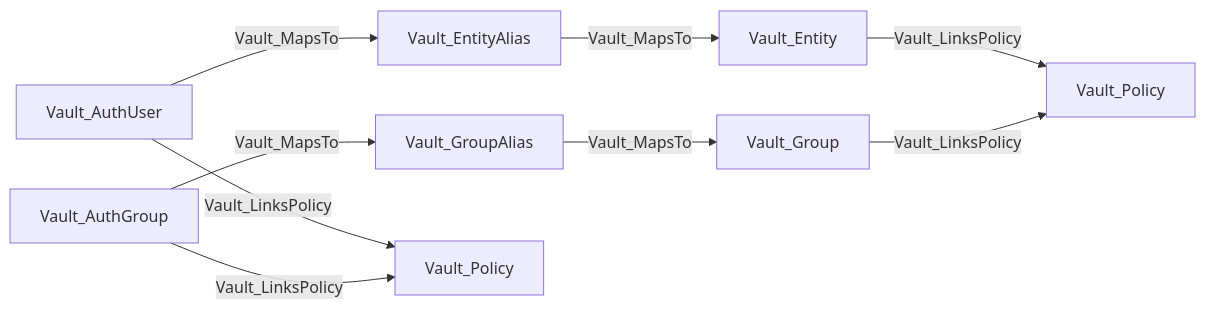
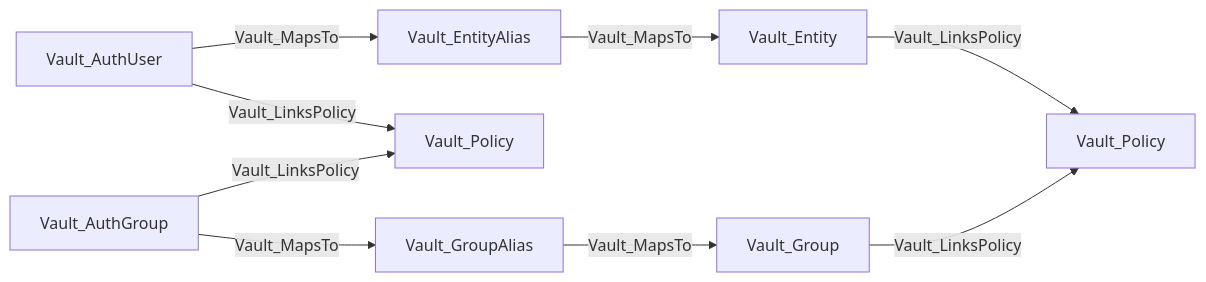
One commit to bytewreck/opengraph-vault changed the second of 39 diagrams in Documentation/stores/AUTH.md. Above: the diagram before and after it, drawn with Mermaid. The commit also changed other lines of this file, not shown here.

````diff
--- a/Documentation/stores/AUTH.md
+++ b/Documentation/stores/AUTH.md
@@ -35,11 +35,11 @@
 ```mermaid
 flowchart LR
     AU[Vault_AuthUser] -->|Vault_MapsTo| EA[Vault_EntityAlias]
     EA -->|Vault_MapsTo| VE[Vault_Entity]
+    AU -->|Vault_LinksPolicy| P1[Vault_Policy]
     AG[Vault_AuthGroup] -->|Vault_MapsTo| GA[Vault_GroupAlias]
     GA -->|Vault_MapsTo| VG[Vault_Group]
-    AU -->|Vault_LinksPolicy| P1[Vault_Policy]
     AG -->|Vault_LinksPolicy| P1
     VE -->|Vault_LinksPolicy| P2[Vault_Policy]
     VG -->|Vault_LinksPolicy| P2
 ```
````
